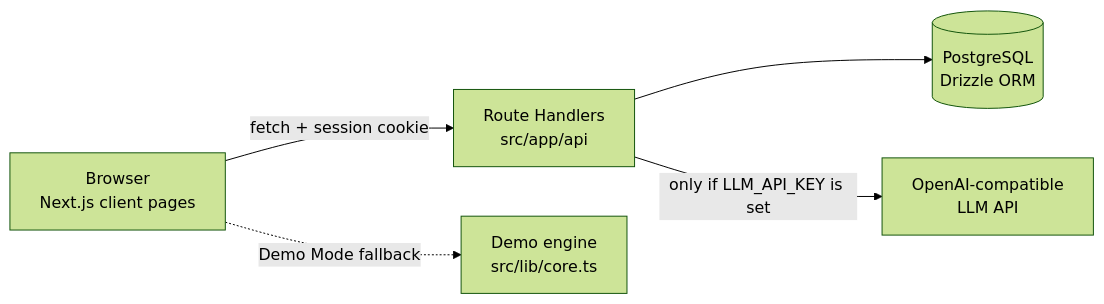
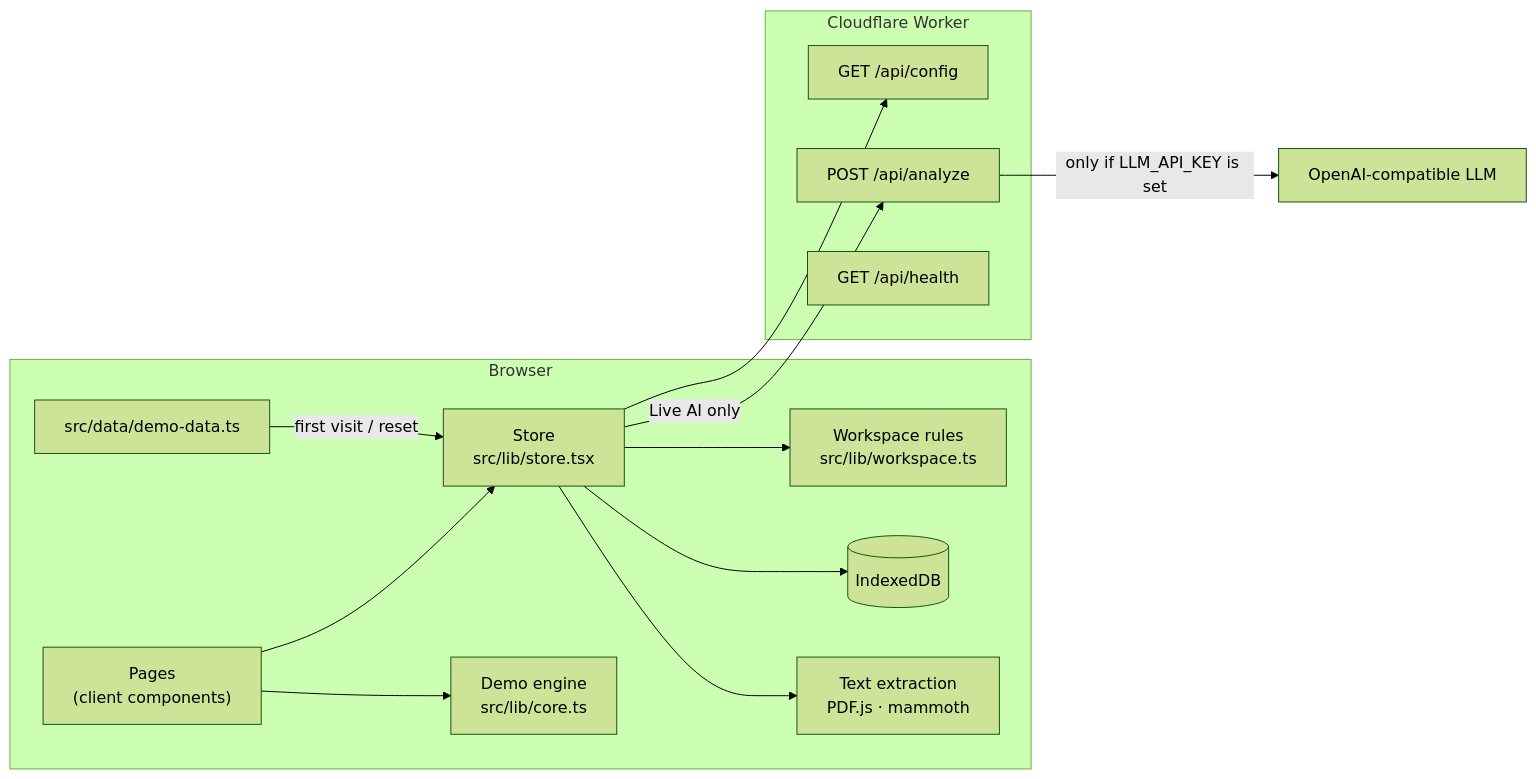
One commit to eayub006-source/caseclarity-ai changed the second of 2 diagrams in README.md. Above: the diagram before and after it, drawn with Mermaid (forest theme). The commit also changed other lines of this file and 4 other files, not shown here.

First line of the commit message:
Document the database-free demo build and Cloudflare deployment

````diff
--- a/README.md
+++ b/README.md
@@ -215,7 +227,19 @@
 ```mermaid
 flowchart LR
-  B["Browser<br/>Next.js client pages"] -->|"fetch + session cookie"| API["Route Handlers<br/>src/app/api"]
-  API --> DB[("PostgreSQL<br/>Drizzle ORM")]
-  API -->|"only if LLM_API_KEY is set"| LLM["OpenAI-compatible<br/>LLM API"]
-  B -.->|"Demo Mode fallback"| ENG["Demo engine<br/>src/lib/core.ts"]
+  subgraph B["Browser"]
+    P["Pages<br/>(client components)"] --> S["Store<br/>src/lib/store.tsx"]
+    S --> W["Workspace rules<br/>src/lib/workspace.ts"]
+    S --> I[("IndexedDB")]
+    S --> X["Text extraction<br/>PDF.js · mammoth"]
+    P --> E["Demo engine<br/>src/lib/core.ts"]
+    D["src/data/demo-data.ts"] -->|"first visit / reset"| S
+  end
+  subgraph CF["Cloudflare Worker"]
+    C["GET /api/config"]
+    A["POST /api/analyze"]
+    H["GET /api/health"]
+  end
+  S --> C
+  S -->|"Live AI only"| A
+  A -->|"only if LLM_API_KEY is set"| L["OpenAI-compatible LLM"]
 ```
````
